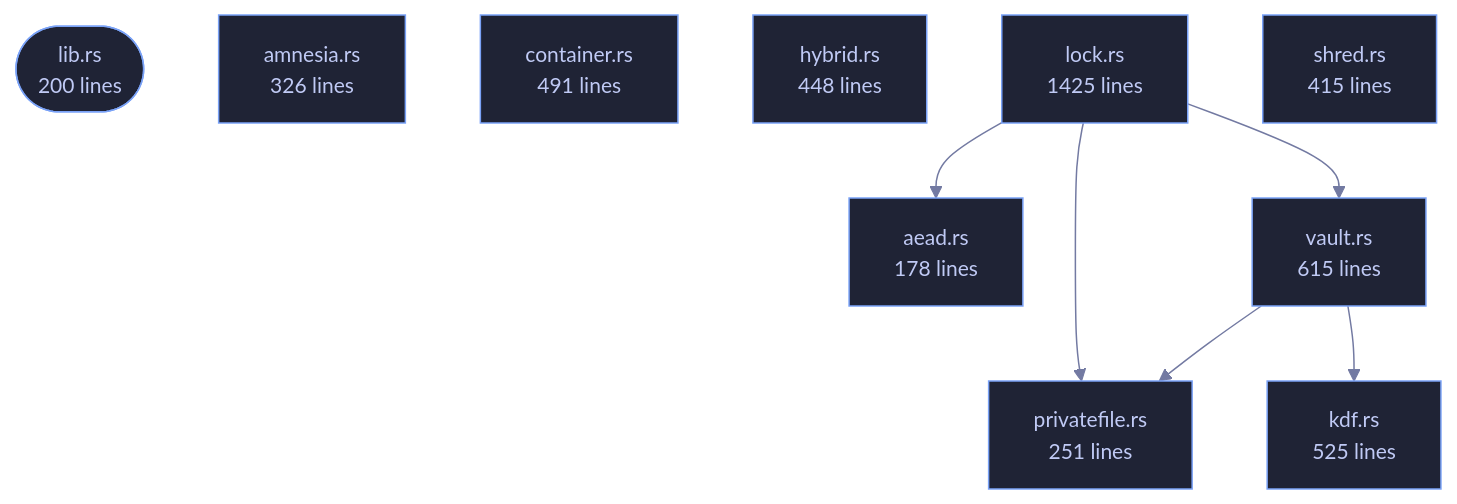
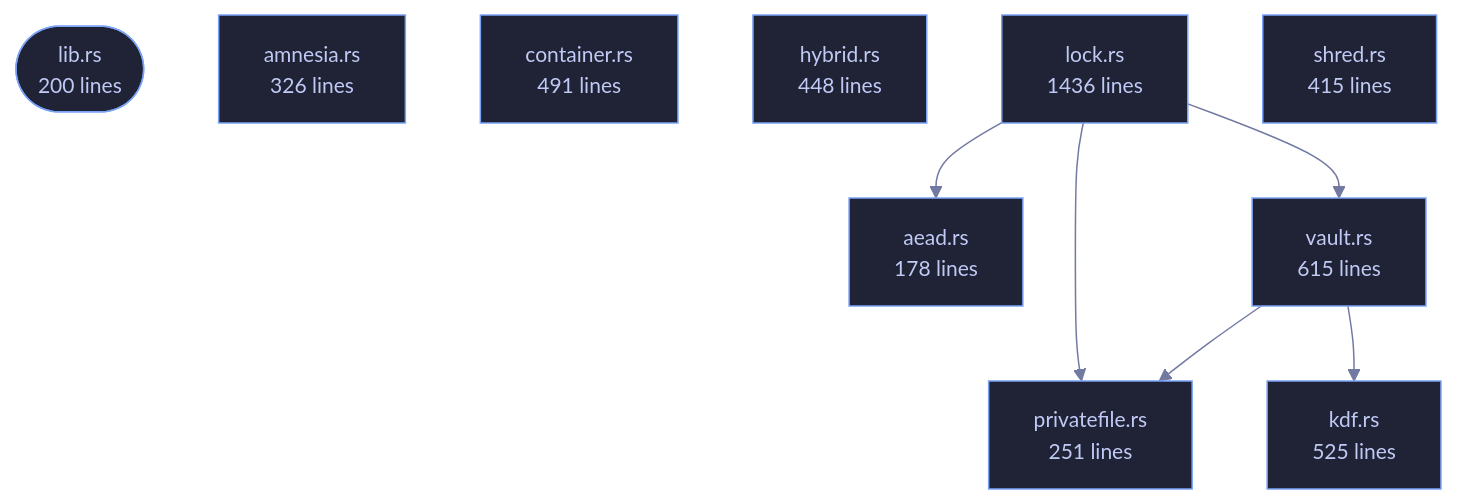
Before and after one commit to tilas01/veilvoice: the diagram in wiki/Crate-veilvoice-crypto.md, drawn with Mermaid. The commit also changed other lines of this file and 49 other files, not shown here.

````diff
--- a/wiki/Crate-veilvoice-crypto.md
+++ b/wiki/Crate-veilvoice-crypto.md
@@ -95,29 +95,29 @@
 ```mermaid
 %%{init: {"theme":"base","themeVariables":{"background":"#1a1b26","primaryColor":"#1f2335","primaryTextColor":"#c0caf5","primaryBorderColor":"#7aa2f7","secondaryColor":"#16161e","tertiaryColor":"#16161e","lineColor":"#737aa2","textColor":"#c0caf5","mainBkg":"#1f2335","nodeBorder":"#7aa2f7","clusterBkg":"#16161e","clusterBorder":"#2f3549","fontFamily":"ui-monospace, SFMono-Regular, Consolas, monospace","fontSize":"14px"}}}%%
 flowchart TD
     n_lib(["lib.rs<br/>200 lines"])
     n_aead["aead.rs<br/>178 lines"]
     n_amnesia["amnesia.rs<br/>326 lines"]
     n_container["container.rs<br/>491 lines"]
     n_hybrid["hybrid.rs<br/>448 lines"]
     n_kdf["kdf.rs<br/>525 lines"]
-    n_lock["lock.rs<br/>1425 lines"]
+    n_lock["lock.rs<br/>1436 lines"]
     n_privatefile["privatefile.rs<br/>251 lines"]
     n_shred["shred.rs<br/>415 lines"]
     n_vault["vault.rs<br/>615 lines"]
     n_lock --> n_aead
     n_lock --> n_privatefile
     n_lock --> n_vault
     n_vault --> n_kdf
     n_vault --> n_privatefile
     click n_lib href "https://github.com/tilas01/veilvoice/blob/main/crates/veilvoice-crypto/src/lib.rs" "open the source"
     click n_aead href "https://github.com/tilas01/veilvoice/blob/main/crates/veilvoice-crypto/src/aead.rs" "open the source"
     click n_amnesia href "https://github.com/tilas01/veilvoice/blob/main/crates/veilvoice-crypto/src/amnesia.rs" "open the source"
     click n_container href "https://github.com/tilas01/veilvoice/blob/main/crates/veilvoice-crypto/src/container.rs" "open the source"
     click n_hybrid href "https://github.com/tilas01/veilvoice/blob/main/crates/veilvoice-crypto/src/hybrid.rs" "open the source"
     click n_kdf href "https://github.com/tilas01/veilvoice/blob/main/crates/veilvoice-crypto/src/kdf.rs" "open the source"
     click n_lock href "https://github.com/tilas01/veilvoice/blob/main/crates/veilvoice-crypto/src/lock.rs" "open the source"
     click n_privatefile href "https://github.com/tilas01/veilvoice/blob/main/crates/veilvoice-crypto/src/privatefile.rs" "open the source"
     click n_shred href "https://github.com/tilas01/veilvoice/blob/main/crates/veilvoice-crypto/src/shred.rs" "open the source"
     click n_vault href "https://github.com/tilas01/veilvoice/blob/main/crates/veilvoice-crypto/src/vault.rs" "open the source"
 ```
````
